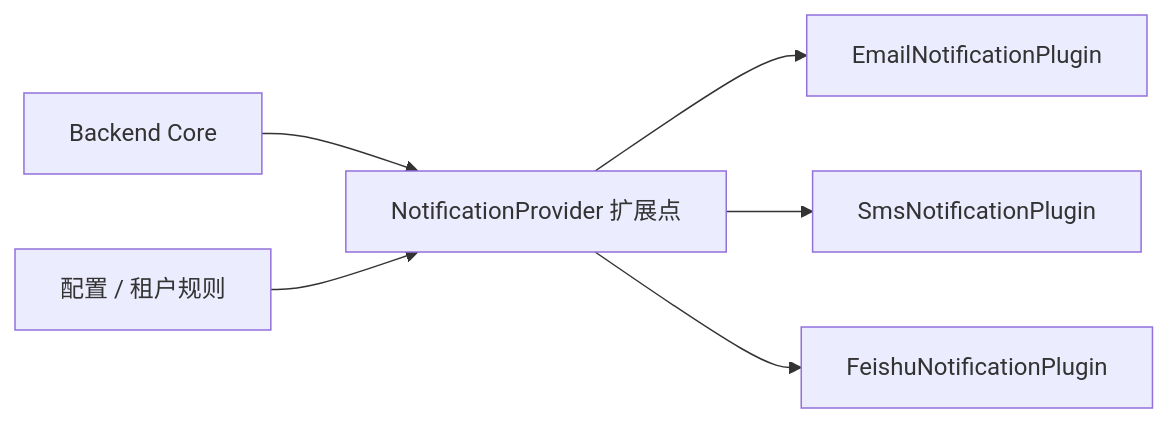
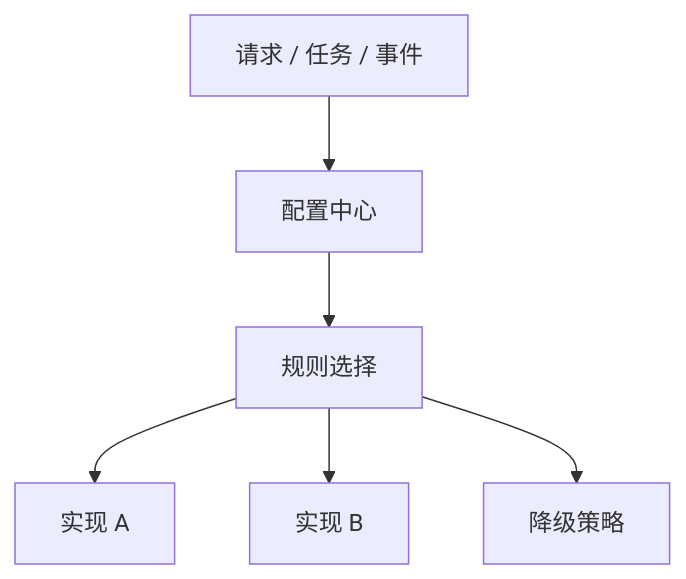
Before and after one commit to XiaoYang1127/dev-doc: the third of 5 diagrams in job/mod/backend-plugin-modularization.md, drawn with Mermaid. The commit also changed other lines of this file and 5 other files, not shown here.

````diff
--- a/job/mod/backend-plugin-modularization.md
+++ b/job/mod/backend-plugin-modularization.md
@@ -219,9 +135,8 @@
 ```mermaid
-flowchart LR
-    Core[Backend Core] --> EP[NotificationProvider 扩展点]
-    EP --> Email[EmailNotificationPlugin]
-    EP --> Sms[SmsNotificationPlugin]
-    EP --> Feishu[FeishuNotificationPlugin]
-
-    Config[配置 / 租户规则] --> EP
+flowchart TB
+    Request[请求 / 任务 / 事件] --> Config[配置中心]
+    Config --> Rule[规则选择]
+    Rule --> ImplA[实现 A]
+    Rule --> ImplB[实现 B]
+    Rule --> Fallback[降级策略]
 ```
````
